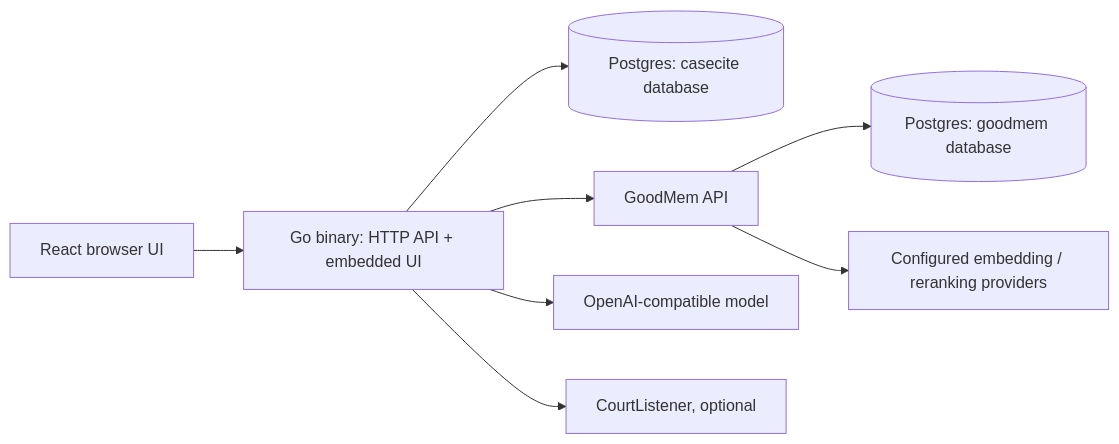
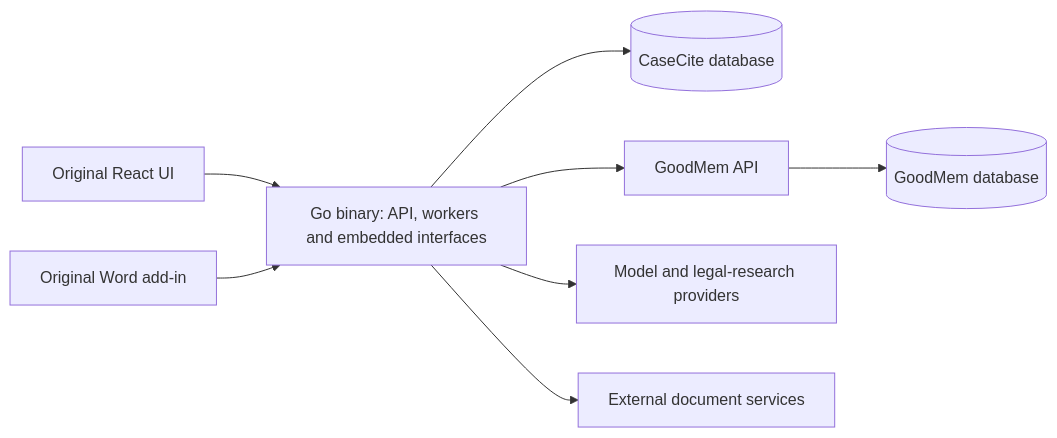
One commit to PAIR-Systems-Inc/casecite-goodmem changed the diagram in docs/migration.md. Above: the diagram before and after it, drawn with Mermaid. The commit also changed other lines of this file and 545 other files, not shown here.

````diff
--- a/docs/migration.md
+++ b/docs/migration.md
@@ -34,10 +42,10 @@
 ```mermaid
 flowchart LR
-  Browser[React browser UI] --> App[Go binary: HTTP API + embedded UI]
-  App --> CC[(Postgres: casecite database)]
+  Browser[Original React UI] --> App[Go binary: API, workers and embedded interfaces]
+  Word[Original Word add-in] --> App
+  App --> CC[(CaseCite database)]
   App --> GM[GoodMem API]
-  GM --> GDB[(Postgres: goodmem database)]
-  App --> Model[OpenAI-compatible model]
-  App --> CL[CourtListener, optional]
-  GM --> Embed[Configured embedding / reranking providers]
+  GM --> GDB[(GoodMem database)]
+  App --> Providers[Model and legal-research providers]
+  App --> Connectors[External document services]
 ```
````
